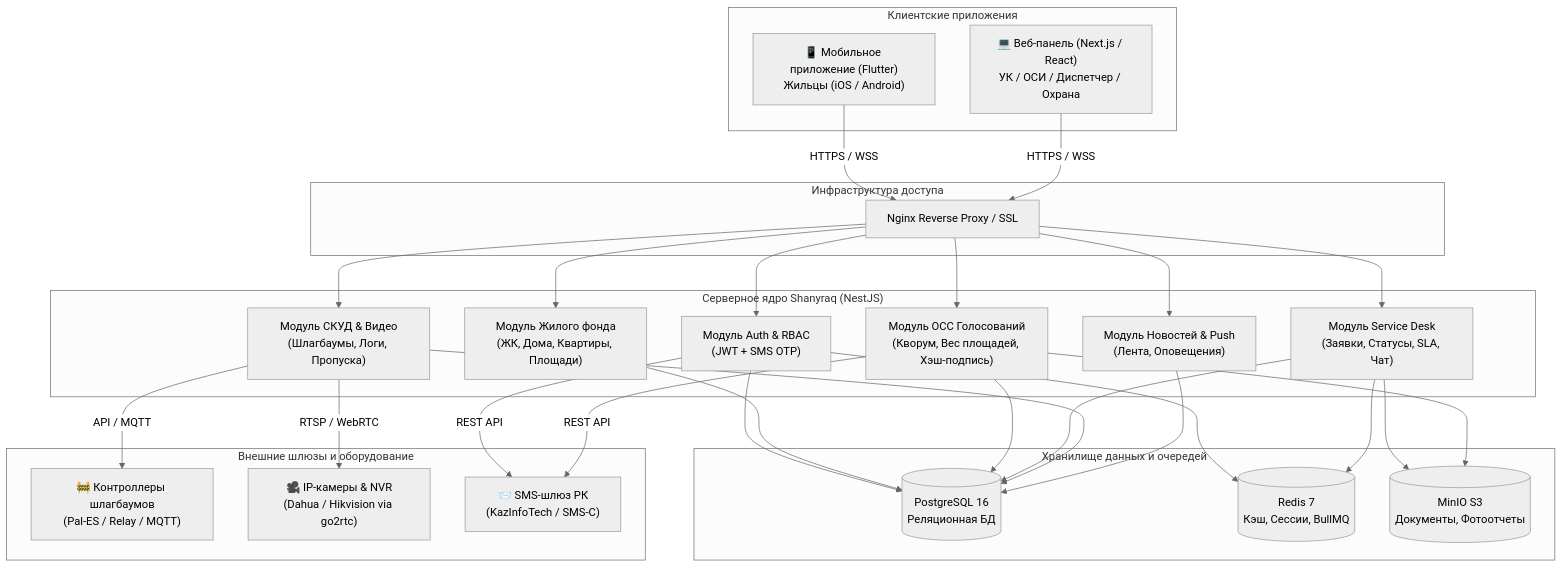
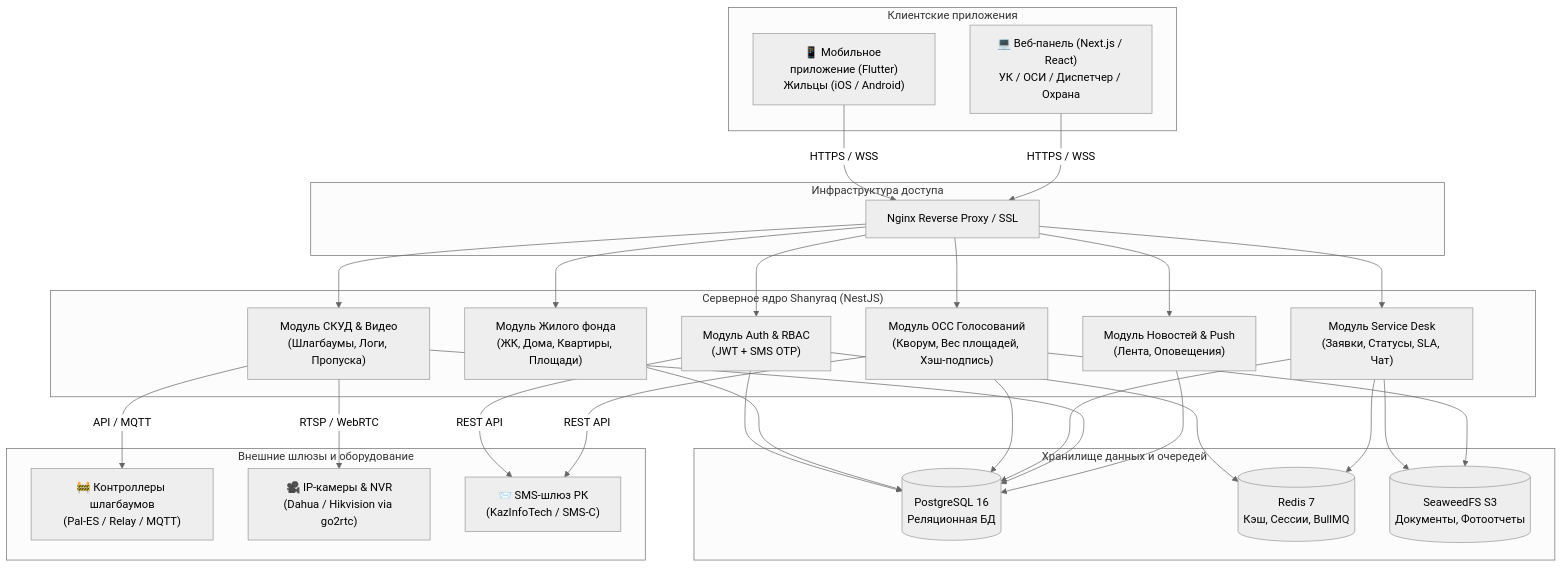
Before and after one commit to aivazovskya/Shanyraq: the first of 3 diagrams in docs/ARCHITECTURE.md, drawn with Mermaid (neutral theme). The commit also changed 7 other files, not shown here.

````diff
--- a/docs/ARCHITECTURE.md
+++ b/docs/ARCHITECTURE.md
@@ -9,49 +9,49 @@
 ```mermaid
 flowchart TB
     subgraph Clients["Клиентские приложения"]
         Mobile["📱 Мобильное приложение (Flutter)<br/>Жильцы (iOS / Android)"]
         WebAdmin["💻 Веб-панель (Next.js / React)<br/>УК / ОСИ / Диспетчер / Охрана"]
     end
 
     subgraph Gateway["Инфраструктура доступа"]
         Nginx["Nginx Reverse Proxy / SSL"]
     end
 
     subgraph CoreBackend["Серверное ядро Shanyraq (NestJS)"]
         AuthMod["Модуль Auth & RBAC<br/>(JWT + SMS OTP)"]
         PropMod["Модуль Жилого фонда<br/>(ЖК, Дома, Квартиры, Площади)"]
         VotingMod["Модуль ОСС Голосований<br/>(Кворум, Вес площадей, Хэш-подпись)"]
         DeskMod["Модуль Service Desk<br/>(Заявки, Статусы, SLA, Чат)"]
         AccessMod["Модуль СКУД & Видео<br/>(Шлагбаумы, Логи, Пропуска)"]
         NewsMod["Модуль Новостей & Push<br/>(Лента, Оповещения)"]
     end
 
     subgraph Storage["Хранилище данных и очередей"]
         Postgres[("PostgreSQL 16<br/>Реляционная БД")]
         Redis[("Redis 7<br/>Кэш, Сессии, BullMQ")]
-        MinIO[("MinIO S3<br/>Документы, Фотоотчеты")]
+        S3[("SeaweedFS S3<br/>Документы, Фотоотчеты")]
     end
 
     subgraph External["Внешние шлюзы и оборудование"]
         IoT["🚧 Контроллеры шлагбаумов<br/>(Pal-ES / Relay / MQTT)"]
         Cameras["🎥 IP-камеры & NVR<br/>(Dahua / Hikvision via go2rtc)"]
         SMS["📨 SMS-шлюз РК<br/>(KazInfoTech / SMS-C)"]
     end
 
     Mobile -->|HTTPS / WSS| Nginx
     WebAdmin -->|HTTPS / WSS| Nginx
     Nginx --> AuthMod
     Nginx --> PropMod
     Nginx --> VotingMod
     Nginx --> DeskMod
     Nginx --> AccessMod
     Nginx --> NewsMod
 
     AuthMod & PropMod & VotingMod & DeskMod & AccessMod & NewsMod --> Postgres
     AuthMod & DeskMod --> Redis
-    DeskMod & VotingMod --> MinIO
+    DeskMod & VotingMod --> S3
 
     AccessMod -->|API / MQTT| IoT
     AccessMod -->|RTSP / WebRTC| Cameras
     AuthMod & VotingMod -->|REST API| SMS
 ```
````
